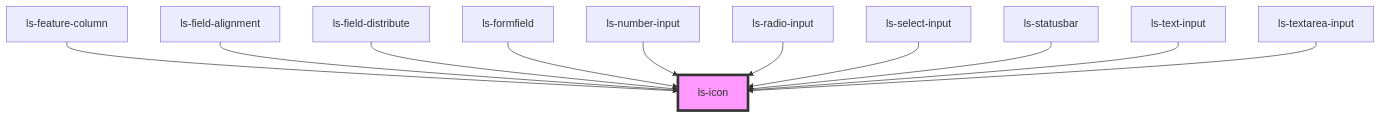
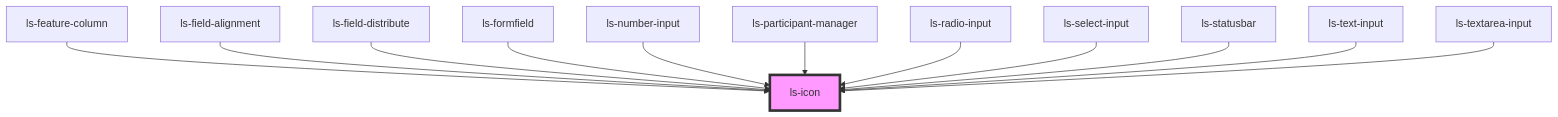
Before and after one commit to legalesign/ls-document-viewer: the diagram in src/components/ls-icon/readme.md, drawn with Mermaid. The commit also changed other lines of this file and 18 other files, not shown here.

````diff
--- a/src/components/ls-icon/readme.md
+++ b/src/components/ls-icon/readme.md
@@ -34,14 +35,15 @@
 ```mermaid
 graph TD;
   ls-feature-column --> ls-icon
   ls-field-alignment --> ls-icon
   ls-field-distribute --> ls-icon
   ls-formfield --> ls-icon
   ls-number-input --> ls-icon
+  ls-participant-manager --> ls-icon
   ls-radio-input --> ls-icon
   ls-select-input --> ls-icon
   ls-statusbar --> ls-icon
   ls-text-input --> ls-icon
   ls-textarea-input --> ls-icon
   style ls-icon fill:#f9f,stroke:#333,stroke-width:4px
 ```
````
